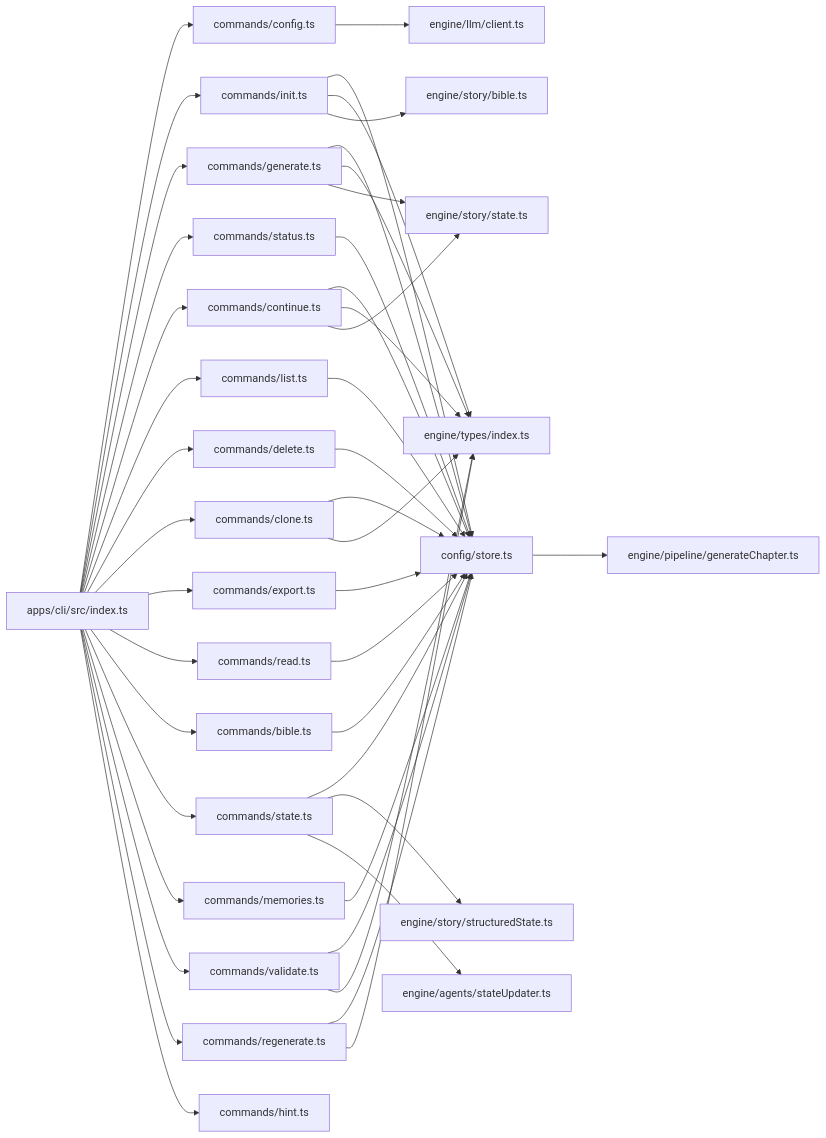
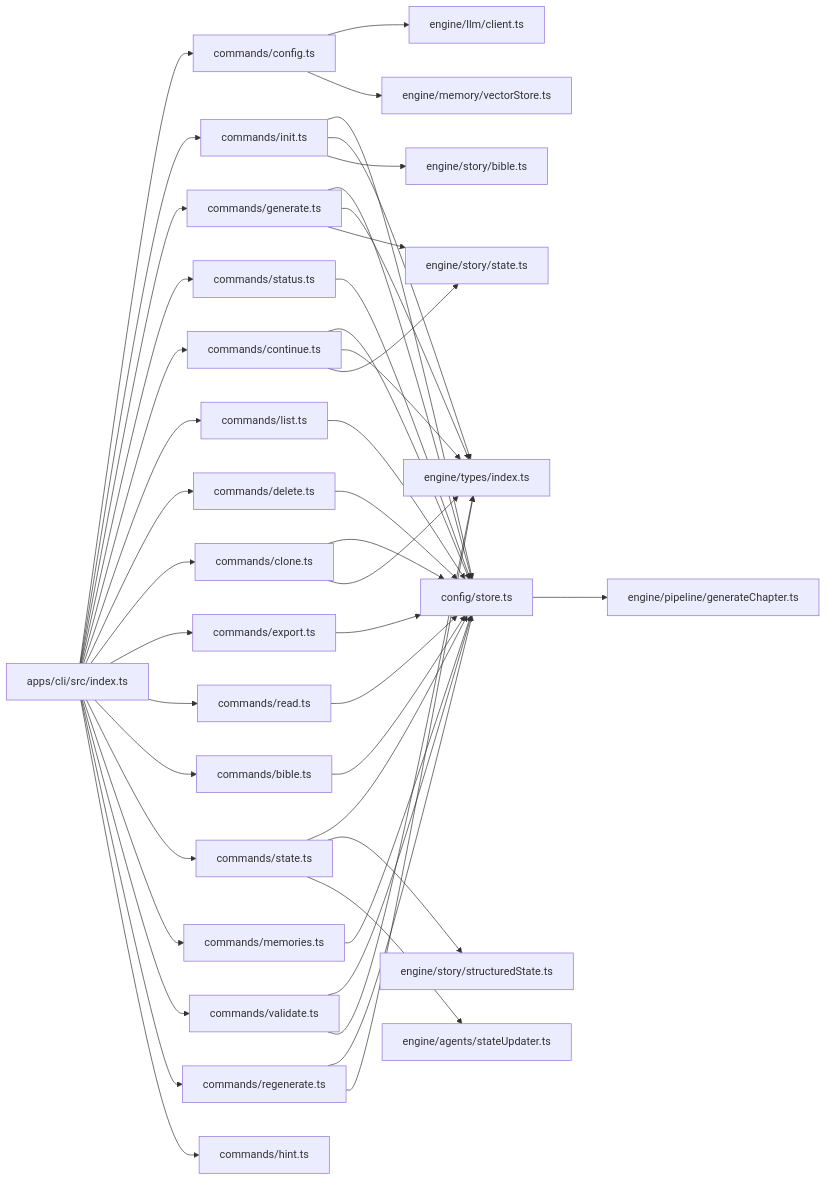
Before and after one commit to liwonder/NARRITIVE_OS: the third of 4 diagrams in .qoder/repowiki/en/content/CLI Command Reference.md, drawn with Mermaid. The commit also changed other lines of this file and 12 other files, not shown here.

````diff
--- a/.qoder/repowiki/en/content/CLI Command Reference.md
+++ b/.qoder/repowiki/en/content/CLI Command Reference.md
@@ -696,46 +717,47 @@
 ```mermaid
 graph LR
 CLI_INDEX["apps/cli/src/index.ts"] --> CMD_CONFIG["commands/config.ts"]
 CLI_INDEX --> CMD_INIT["commands/init.ts"]
 CLI_INDEX --> CMD_GENERATE["commands/generate.ts"]
 CLI_INDEX --> CMD_STATUS["commands/status.ts"]
 CLI_INDEX --> CMD_CONTINUE["commands/continue.ts"]
 CLI_INDEX --> CMD_LIST["commands/list.ts"]
 CLI_INDEX --> CMD_DELETE["commands/delete.ts"]
 CLI_INDEX --> CMD_CLONE["commands/clone.ts"]
 CLI_INDEX --> CMD_EXPORT["commands/export.ts"]
 CLI_INDEX --> CMD_READ["commands/read.ts"]
 CLI_INDEX --> CMD_BIBLE["commands/bible.ts"]
 CLI_INDEX --> CMD_STATE["commands/state.ts"]
 CLI_INDEX --> CMD_MEMORIES["commands/memories.ts"]
 CLI_INDEX --> CMD_VALIDATE["commands/validate.ts"]
 CLI_INDEX --> CMD_REGENERATE["commands/regenerate.ts"]
 CLI_INDEX --> CMD_HINT["commands/hint.ts"]
 CMD_INIT --> STORE["config/store.ts"]
 CMD_GENERATE --> STORE
 CMD_STATUS --> STORE
 CMD_CONTINUE --> STORE
 CMD_LIST --> STORE
 CMD_DELETE --> STORE
 CMD_CLONE --> STORE
 CMD_EXPORT --> STORE
 CMD_READ --> STORE
 CMD_BIBLE --> STORE
 CMD_STATE --> STORE
 CMD_MEMORIES --> STORE
 CMD_VALIDATE --> STORE
 CMD_REGENERATE --> STORE
 CMD_INIT --> TYPES["engine/types/index.ts"]
 CMD_GENERATE --> TYPES
 CMD_CONTINUE --> TYPES
 CMD_CLONE --> TYPES
 CMD_REGENERATE --> TYPES
 CMD_VALIDATE --> TYPES
 CMD_INIT --> STORY_BIBLE["engine/story/bible.ts"]
 CMD_GENERATE --> STORY_STATE["engine/story/state.ts"]
 CMD_CONTINUE --> STORY_STATE
 CMD_STATE --> STRUCTURED_STATE["engine/story/structuredState.ts"]
 CMD_STATE --> STATE_UPDATER["engine/agents/stateUpdater.ts"]
 CMD_CONFIG --> ENGINE_CLIENT["engine/llm/client.ts"]
+CMD_CONFIG --> VECTOR_STORE["engine/memory/vectorStore.ts"]
 STORE --> GENERATE_PIPELINE["engine/pipeline/generateChapter.ts"]
 ```
````
